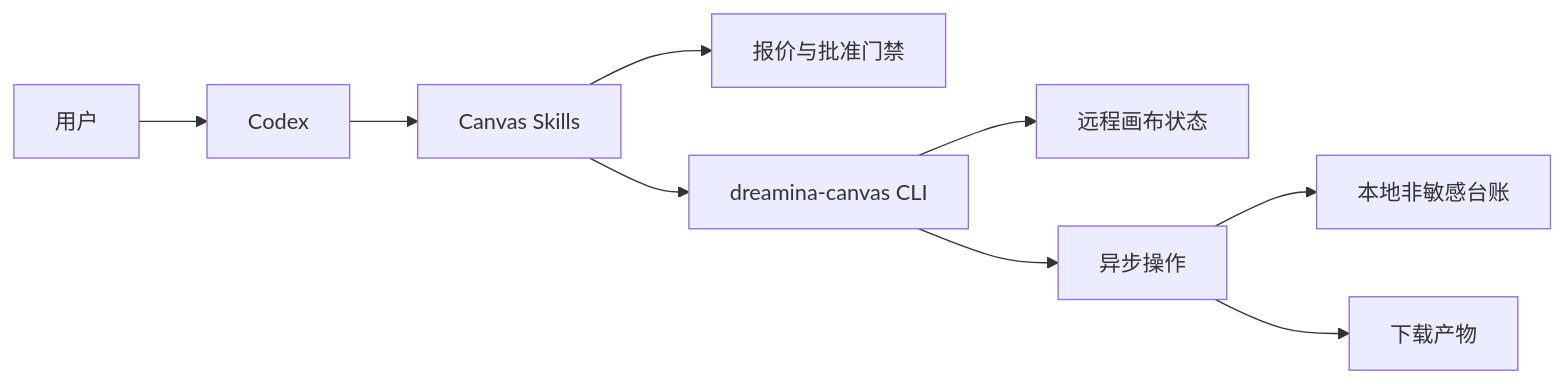
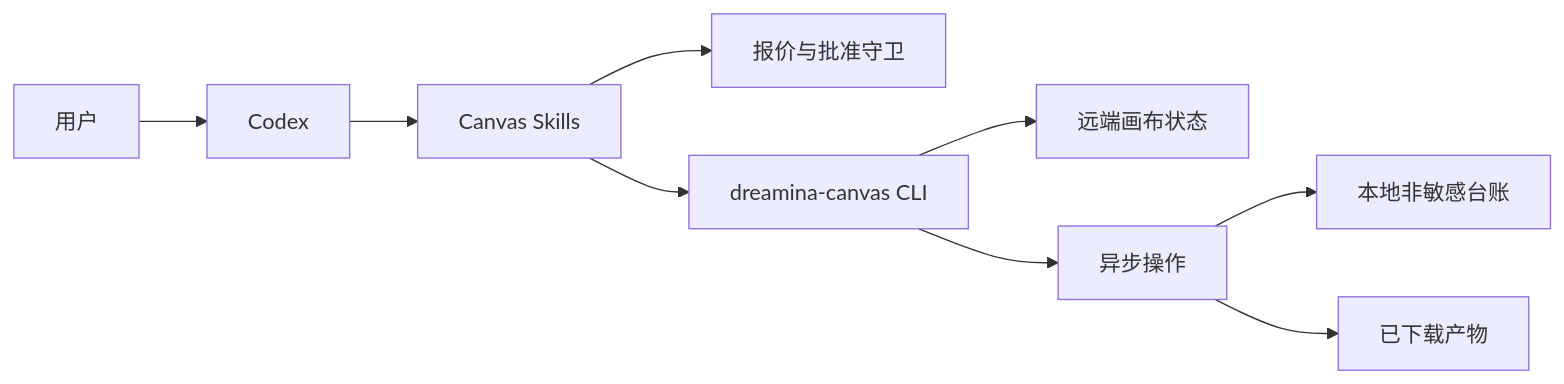
Before and after one commit to full-aigc-plugins/dreamina-canvas-plugin: the first of 3 diagrams in docs/Codex-Dreamina-Canvas-Plugin-Architecture.zh_CN.md, drawn with Mermaid. The commit also changed other lines of this file and 3 other files, not shown here.

First line of the commit message:
docs: rewrite the architecture and solution pairs to the doc standard

````diff
--- a/docs/Codex-Dreamina-Canvas-Plugin-Architecture.zh_CN.md
+++ b/docs/Codex-Dreamina-Canvas-Plugin-Architecture.zh_CN.md
@@ -7,11 +44,11 @@
 ```mermaid
 flowchart LR
     User[用户] --> Codex
     Codex --> Skills[Canvas Skills]
-    Skills --> Guard[报价与批准门禁]
+    Skills --> Guard[报价与批准守卫]
     Skills --> CLI[dreamina-canvas CLI]
-    CLI --> Canvas[远程画布状态]
+    CLI --> Canvas[远端画布状态]
     CLI --> Ops[异步操作]
     Ops --> Ledger[本地非敏感台账]
-    Ops --> Artifact[下载产物]
+    Ops --> Artifact[已下载产物]
 ```
````
